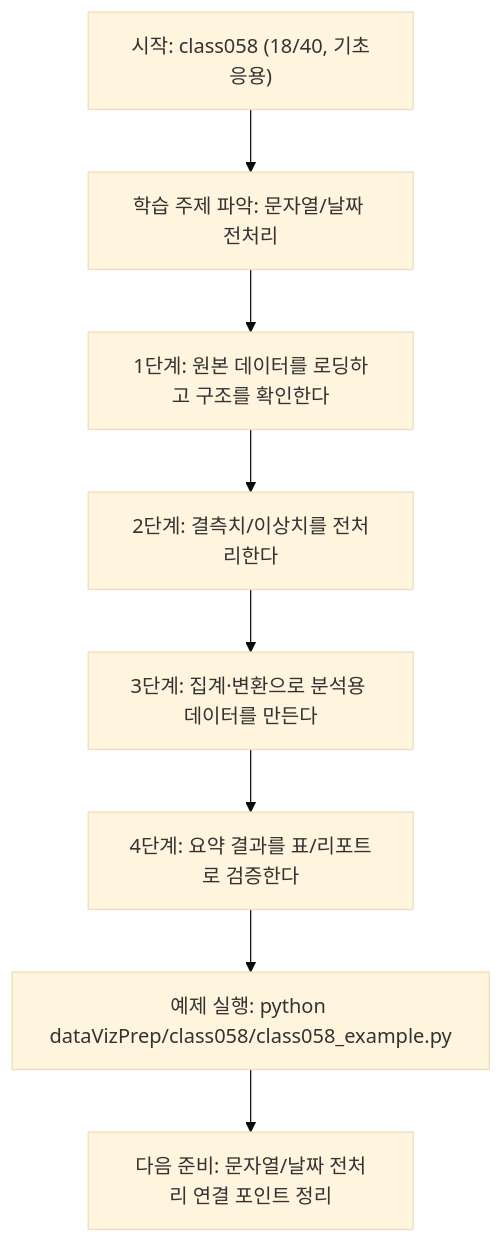
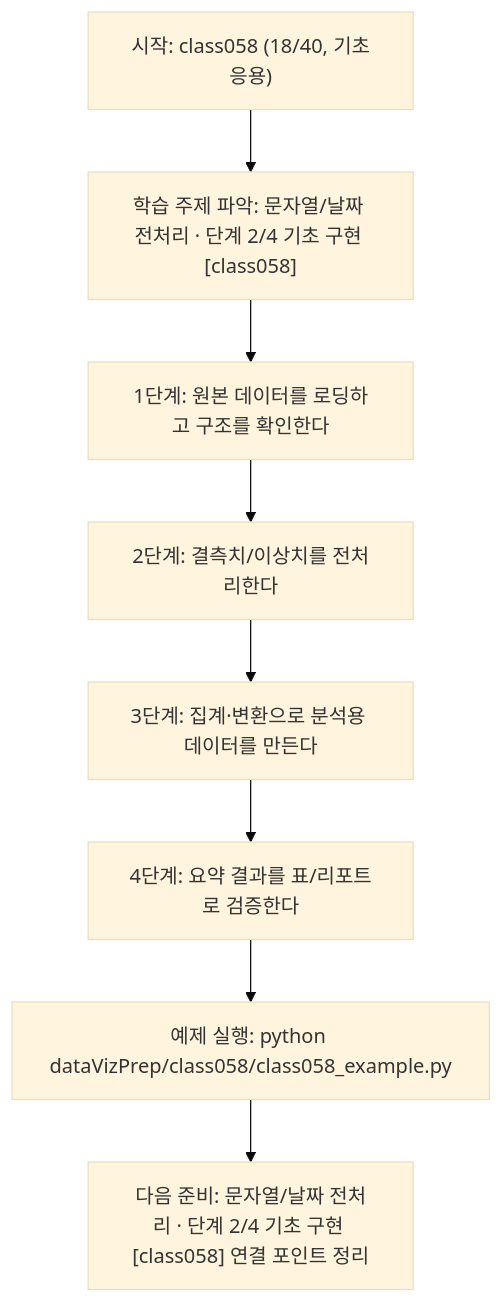
One commit to edumgt/Python-AI_Agent-Class changed the diagram in dataVizPrep/class058/class058.md. Above: the diagram before and after it, drawn with Mermaid (base theme). The commit also changed other lines of this file and 522 other files, not shown here.

````diff
--- a/dataVizPrep/class058/class058.md
+++ b/dataVizPrep/class058/class058.md
@@ -110,18 +111,18 @@
 ```mermaid
 flowchart TD
 N1["시작: class058 (18/40, 기초응용)"]
-N2["학습 주제 파악: 문자열/날짜 전처리"]
+N2["학습 주제 파악: 문자열/날짜 전처리 · 단계 2/4 기초 구현 [class058]"]
 N3["1단계: 원본 데이터를 로딩하고 구조를 확인한다"]
 N4["2단계: 결측치/이상치를 전처리한다"]
 N5["3단계: 집계·변환으로 분석용 데이터를 만든다"]
 N6["4단계: 요약 결과를 표/리포트로 검증한다"]
 N7["예제 실행: python dataVizPrep/class058/class058_example.py"]
-N8["다음 준비: 문자열/날짜 전처리 연결 포인트 정리"]
+N8["다음 준비: 문자열/날짜 전처리 · 단계 2/4 기초 구현 [class058] 연결 포인트 정리"]
 N1 --> N2
 N2 --> N3
 N3 --> N4
 N4 --> N5
 N5 --> N6
 N6 --> N7
 N7 --> N8
 ```
````
